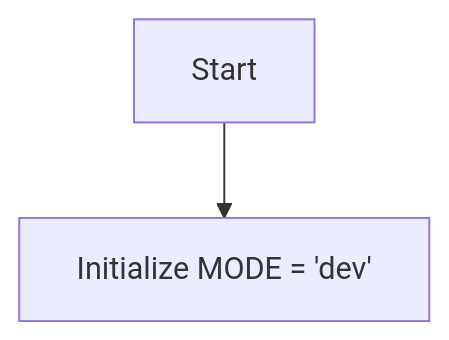
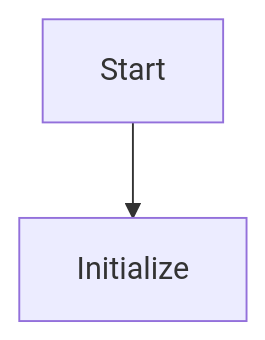
The diagram in docs/gemini/ru/explainer/src/fast_api/__init__.py.md (hypo69/hypo), drawn with Mermaid before and after one commit. The commit also changed other lines of this file and 6031 other files, not shown here.

````diff
--- a/docs/gemini/ru/explainer/src/fast_api/__init__.py.md
+++ b/docs/gemini/ru/explainer/src/fast_api/__init__.py.md
@@ -14,4 +14,4 @@
 ```mermaid
 flowchart TD
-    Start --> VariableInitialization[Initialize MODE = 'dev']
+    Start --> VariableInitialization[Initialize ]
 ```
````
